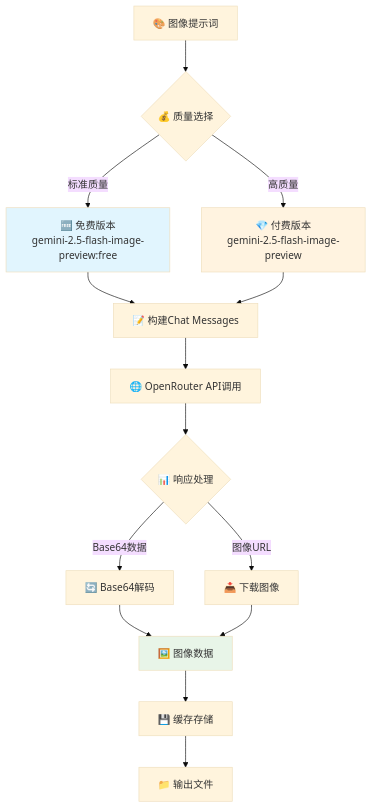
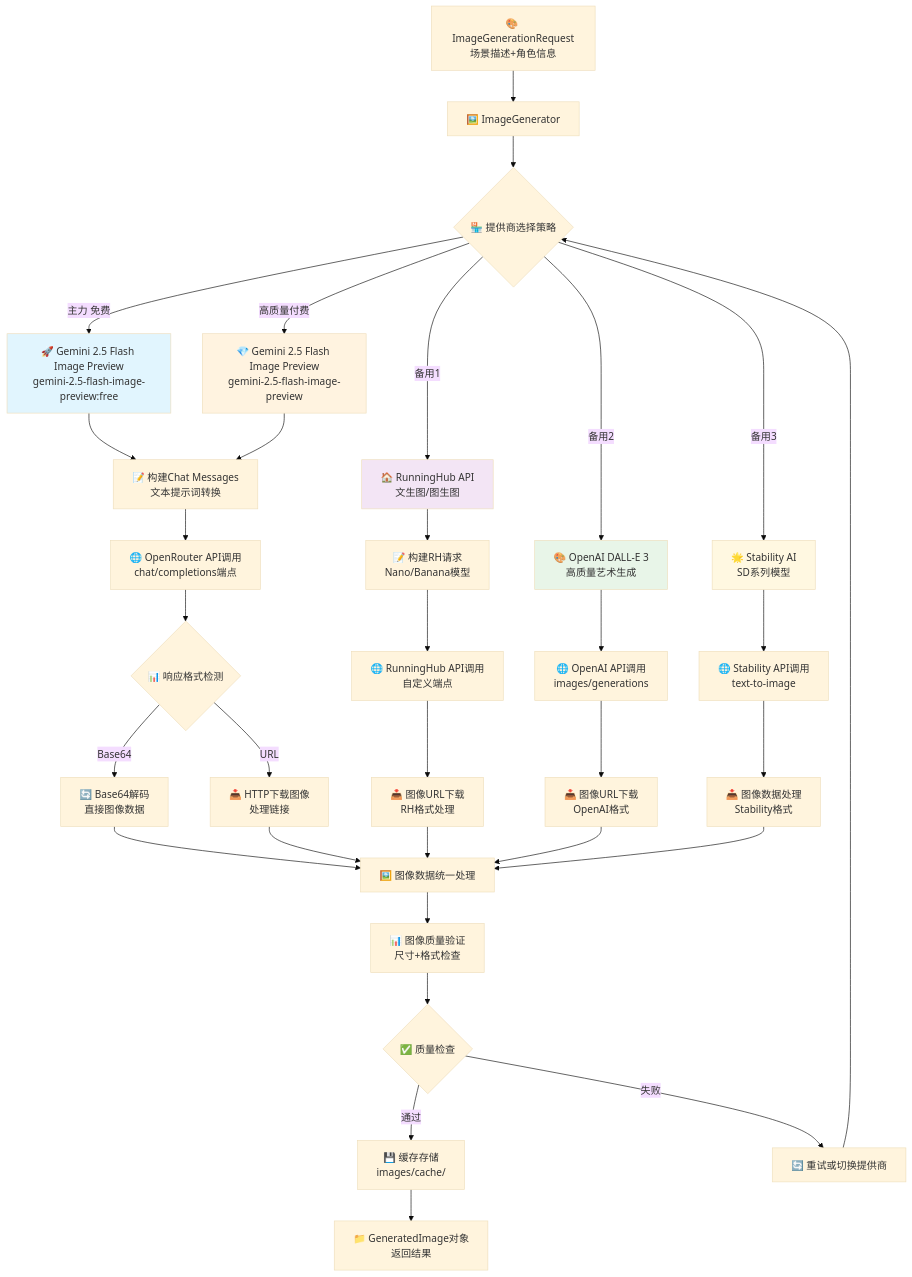
The seventh of 14 diagrams in WORKFLOW_DIAGRAM.md (qq1151131109/story_video_generator), drawn with Mermaid (base theme) before and after one commit. The commit also changed other lines of this file and 3 other files, not shown here.

First line of the commit message:
🎨 优化图像提示词生成系统

````diff
--- a/WORKFLOW_DIAGRAM.md
+++ b/WORKFLOW_DIAGRAM.md
@@ -211,25 +344,55 @@
 ```mermaid
 graph TB
-    A[🎨 图像提示词] --> B{💰 质量选择}
-    B -->|标准质量| C[🆓 免费版本<br/>gemini-2.5-flash-image-preview:free]
-    B -->|高质量| D[💎 付费版本<br/>gemini-2.5-flash-image-preview]
+    %% 输入和提供商选择
+    A[🎨 ImageGenerationRequest<br/>场景描述+角色信息] --> B[🖼️ ImageGenerator]
+    B --> C{🏪 提供商选择策略}
     
-    C --> E[📝 构建Chat Messages]
-    D --> E
+    %% 主力提供商：Gemini 2.5 Flash
+    C -->|主力 免费| D[🚀 Gemini 2.5 Flash Image Preview<br/>gemini-2.5-flash-image-preview:free]
+    C -->|高质量付费| E[💎 Gemini 2.5 Flash Image Preview<br/>gemini-2.5-flash-image-preview]
     
-    E --> F[🌐 OpenRouter API调用]
-    F --> G{📊 响应处理}
+    %% Gemini处理流程
+    D --> F[📝 构建Chat Messages<br/>文本提示词转换]
+    E --> F
+    F --> G[🌐 OpenRouter API调用<br/>chat/completions端点]
+    G --> H{📊 响应格式检测}
+    H -->|Base64| I[🔄 Base64解码<br/>直接图像数据]
+    H -->|URL| J[📥 HTTP下载图像<br/>处理链接]
     
-    G -->|Base64数据| H[🔄 Base64解码]
-    G -->|图像URL| I[📥 下载图像]
+    %% 备用提供商：RunningHub  
+    C -->|备用1| K[🏠 RunningHub API<br/>文生图/图生图]
+    K --> L[📝 构建RH请求<br/>Nano/Banana模型]
+    L --> M[🌐 RunningHub API调用<br/>自定义端点]
+    M --> N[📥 图像URL下载<br/>RH格式处理]
     
-    H --> J[🖼️ 图像数据]
-    I --> J
+    %% 备用提供商：OpenAI
+    C -->|备用2| O[🎨 OpenAI DALL-E 3<br/>高质量艺术生成]
+    O --> P[🌐 OpenAI API调用<br/>images/generations]
+    P --> Q[📥 图像URL下载<br/>OpenAI格式]
     
-    J --> K[💾 缓存存储]
-    K --> L[📁 输出文件]
+    %% 备用提供商：Stability AI
+    C -->|备用3| R[🌟 Stability AI<br/>SD系列模型]
+    R --> S[🌐 Stability API调用<br/>text-to-image]  
+    S --> T[📥 图像数据处理<br/>Stability格式]
     
-    style C fill:#e1f5fe
-    style D fill:#fff3e0
-    style J fill:#e8f5e8
+    %% 结果处理和缓存
+    I --> U[🖼️ 图像数据统一处理]
+    J --> U
+    N --> U  
+    Q --> U
+    T --> U
+    
+    U --> V[📊 图像质量验证<br/>尺寸+格式检查]
+    V --> W{✅ 质量检查}
+    W -->|通过| X[💾 缓存存储<br/>images/cache/]
+    W -->|失败| Y[🔄 重试或切换提供商]
+    Y --> C
+    
+    X --> Z[📁 GeneratedImage对象<br/>返回结果]
+    
+    style D fill:#e1f5fe
+    style E fill:#fff3e0  
+    style K fill:#f3e5f5
+    style O fill:#e8f5e8
+    style R fill:#fff8e1
 ```
````
